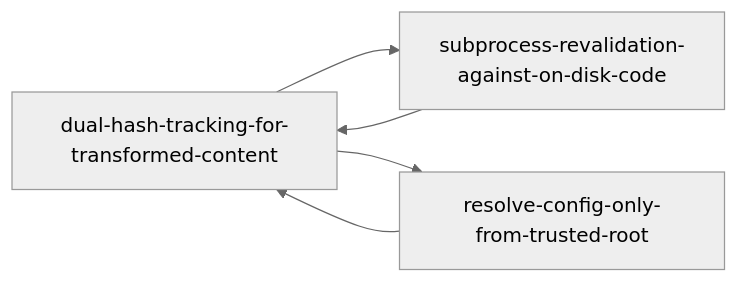
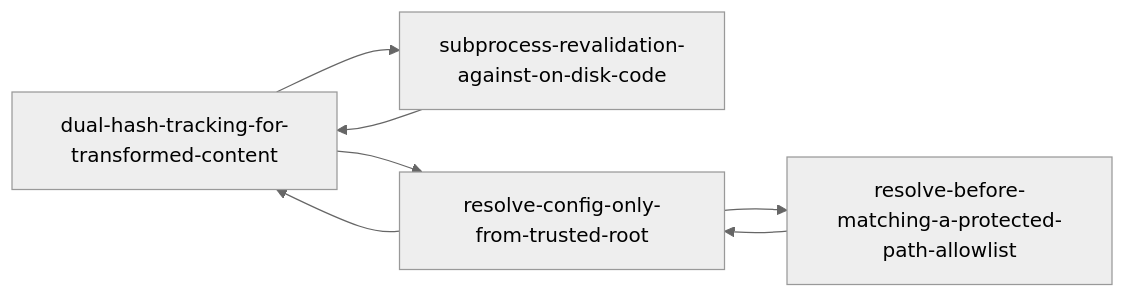
Before and after one commit to masterpol/ai-workflow: the diagram in .project/knowledge/index.md, drawn with Mermaid (neutral theme). The commit also changed other lines of this file and 36 other files, not shown here.

````diff
--- a/.project/knowledge/index.md
+++ b/.project/knowledge/index.md
@@ -37,7 +40,9 @@
 ```mermaid
 graph LR
   dual-hash-tracking-for-transformed-content --> subprocess-revalidation-against-on-disk-code
   dual-hash-tracking-for-transformed-content --> resolve-config-only-from-trusted-root
+  resolve-before-matching-a-protected-path-allowlist --> resolve-config-only-from-trusted-root
   resolve-config-only-from-trusted-root --> dual-hash-tracking-for-transformed-content
+  resolve-config-only-from-trusted-root --> resolve-before-matching-a-protected-path-allowlist
   subprocess-revalidation-against-on-disk-code --> dual-hash-tracking-for-transformed-content
 ```
````
